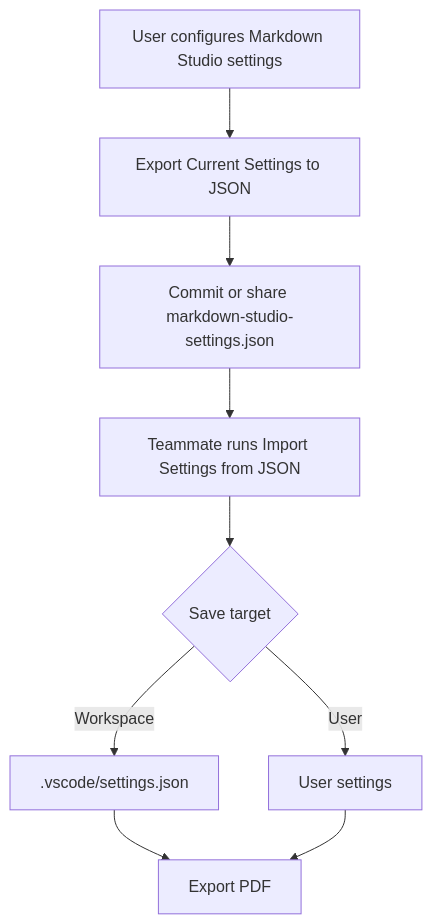
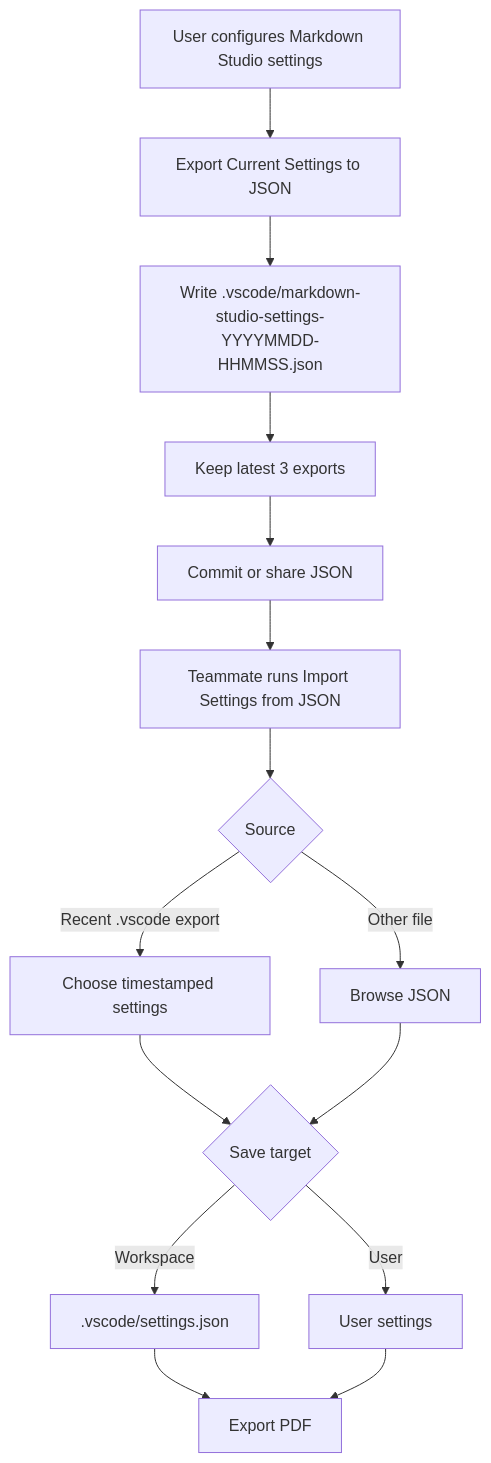
Before and after one commit to kino-6/vscode-markdown-studio: the diagram in docs/plans/export-profiles-plan.md, drawn with Mermaid. The commit also changed other lines of this file and 7 other files, not shown here.

Commit message:
Keep recent timestamped settings exports

````diff
--- a/docs/plans/export-profiles-plan.md
+++ b/docs/plans/export-profiles-plan.md
@@ -19,11 +21,17 @@
 ```mermaid
 flowchart TD
   A[User configures Markdown Studio settings] --> B[Export Current Settings to JSON]
-  B --> C[Commit or share markdown-studio-settings.json]
-  C --> D[Teammate runs Import Settings from JSON]
-  D --> E{Save target}
-  E -->|Workspace| F[.vscode/settings.json]
-  E -->|User| G[User settings]
-  F --> H[Export PDF]
-  G --> H
+  B --> C[Write .vscode/markdown-studio-settings-YYYYMMDD-HHMMSS.json]
+  C --> D[Keep latest 3 exports]
+  D --> E[Commit or share JSON]
+  E --> F[Teammate runs Import Settings from JSON]
+  F --> G{Source}
+  G -->|Recent .vscode export| H[Choose timestamped settings]
+  G -->|Other file| I[Browse JSON]
+  H --> J{Save target}
+  I --> J
+  J -->|Workspace| K[.vscode/settings.json]
+  J -->|User| L[User settings]
+  K --> M[Export PDF]
+  L --> M
 ```
````
